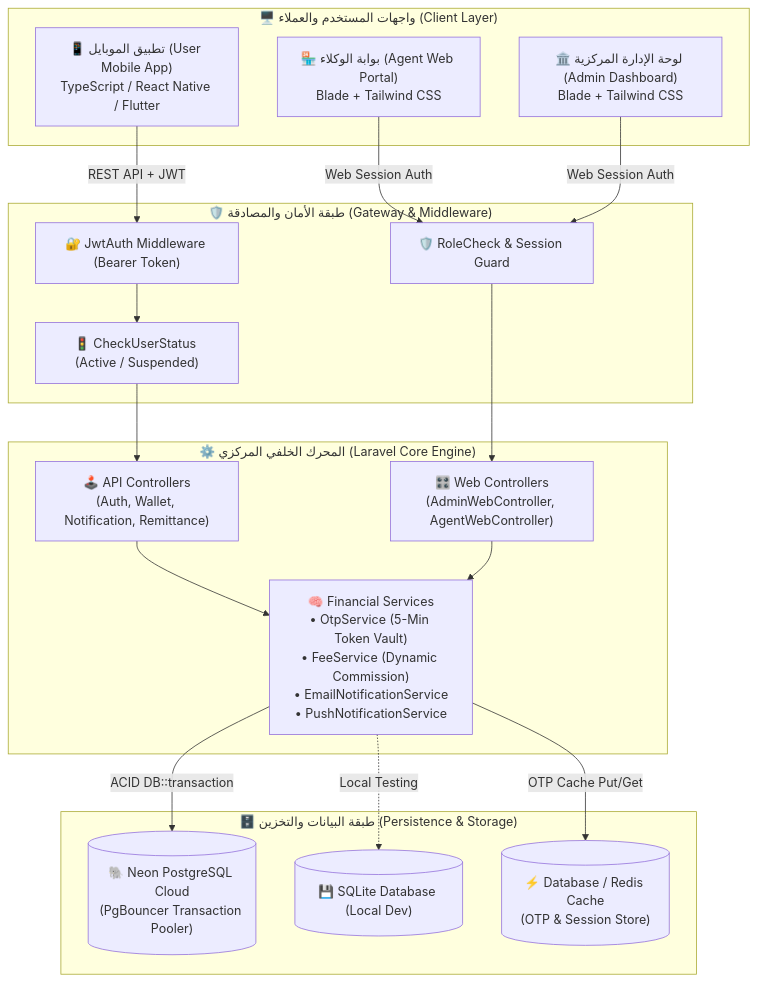
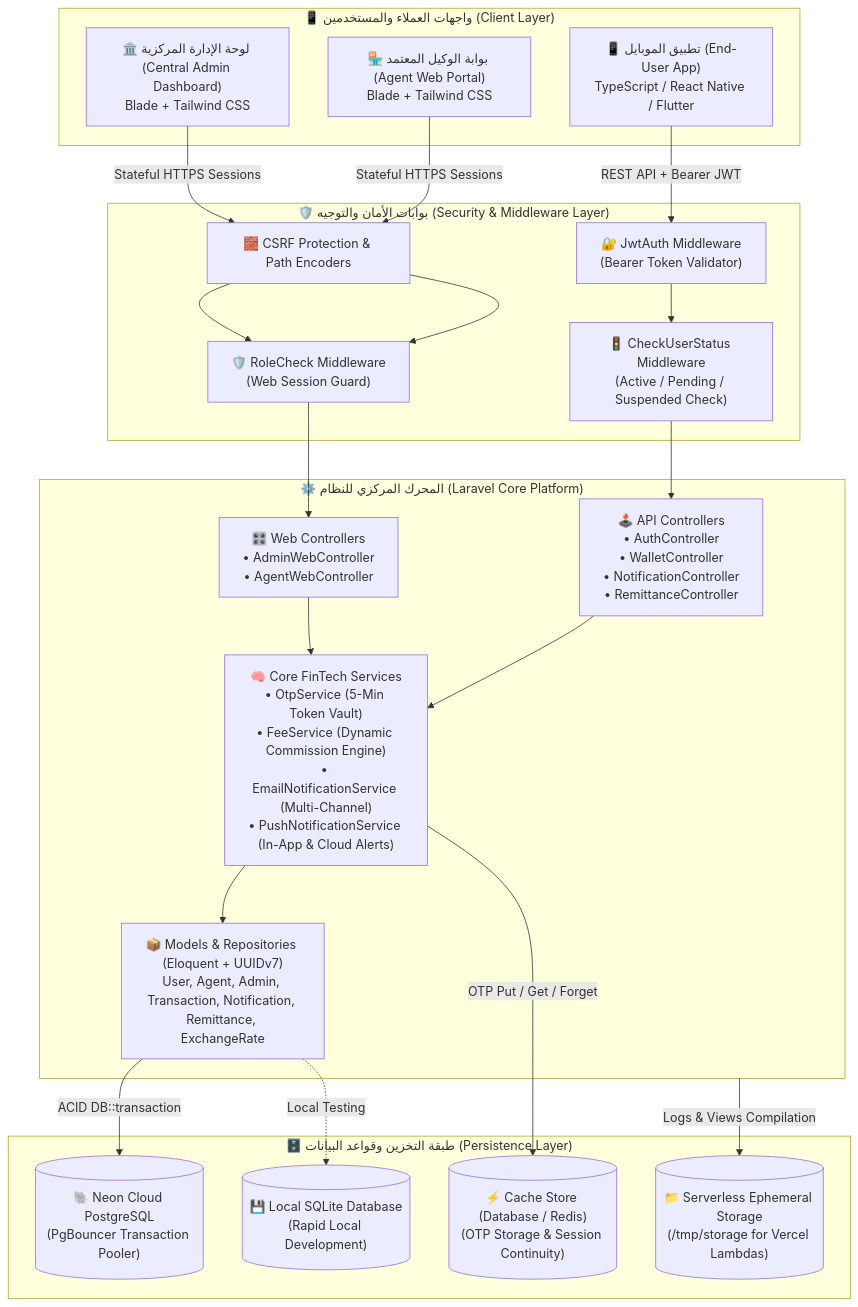
The first of 3 diagrams in README.md (Mo-ra778/ewallet-core-platform), drawn with Mermaid before and after one commit. The commit also changed other lines of this file, not shown here.

Commit message:
docs: expand README.md into an exhaustive, monumental FinTech documentation guide

````diff
--- a/README.md
+++ b/README.md
@@ -58,40 +59,45 @@
 ```mermaid
 graph TD
-    subgraph Frontends["🖥️ واجهات المستخدم والعملاء (Client Layer)"]
-        MobileApp["📱 تطبيق الموبايل (User Mobile App)<br>TypeScript / React Native / Flutter"]
-        AgentPortal["🏪 بوابة الوكلاء (Agent Web Portal)<br>Blade + Tailwind CSS"]
-        AdminDashboard["🏛️ لوحة الإدارة المركزية (Admin Dashboard)<br>Blade + Tailwind CSS"]
+    subgraph Clients["📱 واجهات العملاء والمستخدمين (Client Layer)"]
+        MobileApp["📱 تطبيق الموبايل (End-User App)<br>TypeScript / React Native / Flutter"]
+        AgentWeb["🏪 بوابة الوكيل المعتمد (Agent Web Portal)<br>Blade + Tailwind CSS"]
+        AdminWeb["🏛️ لوحة الإدارة المركزية (Central Admin Dashboard)<br>Blade + Tailwind CSS"]
     end
 
-    subgraph Gateway["🛡️ طبقة الأمان والمصادقة (Gateway & Middleware)"]
-        JWTMiddleware["🔐 JwtAuth Middleware (Bearer Token)"]
-        SessionMiddleware["🛡️ RoleCheck & Session Guard"]
-        StatusMiddleware["🚦 CheckUserStatus (Active / Suspended)"]
+    subgraph Gateway["🛡️ بوابات الأمان والتوجيه (Security & Middleware Layer)"]
+        JWTMiddleware["🔐 JwtAuth Middleware<br>(Bearer Token Validator)"]
+        SessionMiddleware["🛡️ RoleCheck Middleware<br>(Web Session Guard)"]
+        StatusMiddleware["🚦 CheckUserStatus Middleware<br>(Active / Pending / Suspended Check)"]
+        CSRFMiddleware["🧱 CSRF Protection & Path Encoders"]
     end
 
-    subgraph BackendEngine["⚙️ المحرك الخلفي المركزي (Laravel Core Engine)"]
-        APIControllers["🕹️ API Controllers<br>(Auth, Wallet, Notification, Remittance)"]
-        WebControllers["🎛️ Web Controllers<br>(AdminWebController, AgentWebController)"]
-        Services["🧠 Financial Services<br>• OtpService (5-Min Token Vault)<br>• FeeService (Dynamic Commission)<br>• EmailNotificationService<br>• PushNotificationService"]
+    subgraph BackendCore["⚙️ المحرك المركزي للنظام (Laravel Core Platform)"]
+        APIControllers["🕹️ API Controllers<br>• AuthController<br>• WalletController<br>• NotificationController<br>• RemittanceController"]
+        WebControllers["🎛️ Web Controllers<br>• AdminWebController<br>• AgentWebController"]
+        Services["🧠 Core FinTech Services<br>• OtpService (5-Min Token Vault)<br>• FeeService (Dynamic Commission Engine)<br>• EmailNotificationService (Multi-Channel)<br>• PushNotificationService (In-App & Cloud Alerts)"]
+        Models["📦 Models & Repositories (Eloquent + UUIDv7)<br>User, Agent, Admin, Transaction, Notification, Remittance, ExchangeRate"]
     end
 
-    subgraph DataLayer["🗄️ طبقة البيانات والتخزين (Persistence & Storage)"]
-        NeonDB[("🐘 Neon PostgreSQL Cloud<br>(PgBouncer Transaction Pooler)")]
-        LocalDB[("💾 SQLite Database (Local Dev)")]
-        CacheStore[("⚡ Database / Redis Cache<br>(OTP & Session Store)")]
+    subgraph Storage["🗄️ طبقة التخزين وقواعد البيانات (Persistence Layer)"]
+        NeonDB[("🐘 Neon Cloud PostgreSQL<br>(PgBouncer Transaction Pooler)")]
+        LocalDB[("💾 Local SQLite Database<br>(Rapid Local Development)")]
+        CacheVault[("⚡ Cache Store (Database / Redis)<br>(OTP Storage & Session Continuity)")]
+        TempStorage[("📁 Serverless Ephemeral Storage<br>(/tmp/storage for Vercel Lambdas)")]
     end
 
-    MobileApp -->|REST API + JWT| JWTMiddleware
-    AgentPortal -->|Web Session Auth| SessionMiddleware
-    AdminDashboard -->|Web Session Auth| SessionMiddleware
+    MobileApp -->|REST API + Bearer JWT| JWTMiddleware
+    AgentWeb -->|Stateful HTTPS Sessions| CSRFMiddleware --> SessionMiddleware
+    AdminWeb -->|Stateful HTTPS Sessions| CSRFMiddleware --> SessionMiddleware
 
     JWTMiddleware --> StatusMiddleware --> APIControllers
     SessionMiddleware --> WebControllers
 
     APIControllers --> Services
     WebControllers --> Services
 
-    Services -->|ACID DB::transaction| NeonDB
-    Services -.->|Local Testing| LocalDB
-    Services -->|OTP Cache Put/Get| CacheStore
+    Services --> Models
+    Models -->|ACID DB::transaction| NeonDB
+    Models -.->|Local Testing| LocalDB
+    Services -->|OTP Put / Get / Forget| CacheVault
+    BackendCore -->|Logs & Views Compilation| TempStorage
 ```
````
